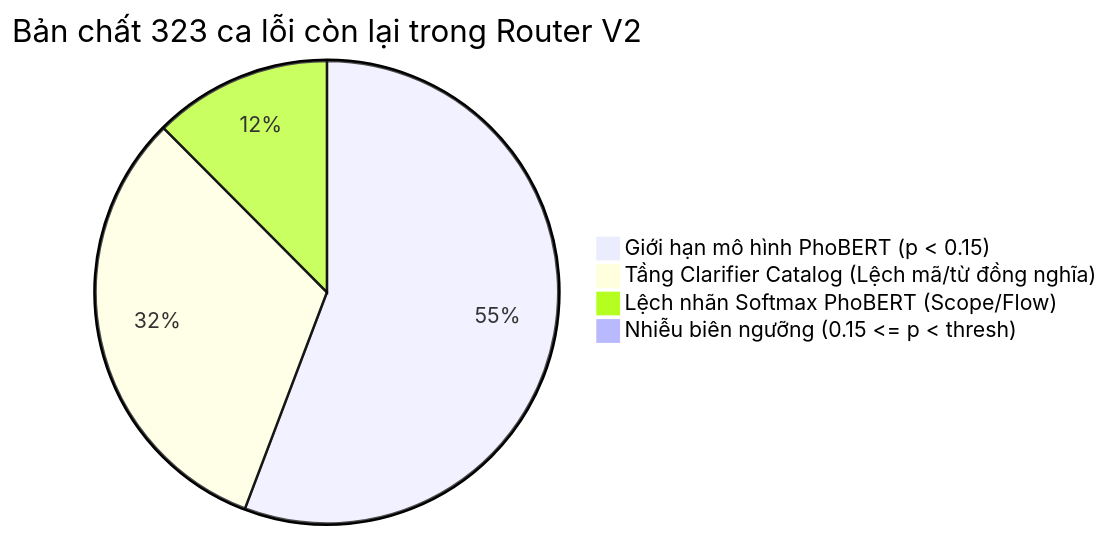
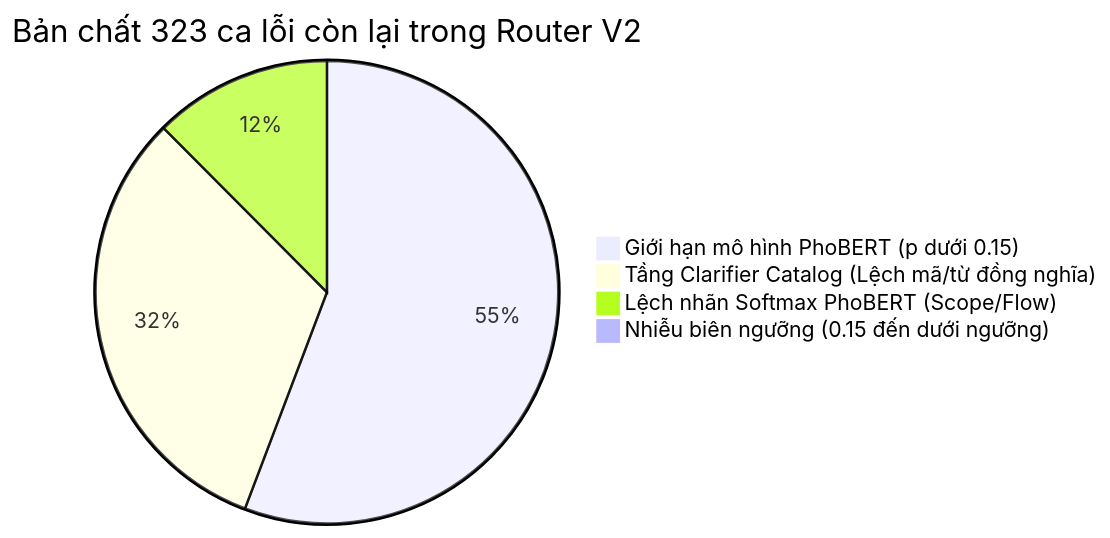
The seventh of 7 diagrams in docs/reports/bao-cao-phan-loai-nhan-va-actions.md (qtamtensor05/ViGovBot), drawn with Mermaid before and after one commit. The commit also changed other lines of this file and 21 other files, not shown here.

````diff
--- a/docs/reports/bao-cao-phan-loai-nhan-va-actions.md
+++ b/docs/reports/bao-cao-phan-loai-nhan-va-actions.md
@@ -897,7 +678,7 @@
 ```mermaid
 pie title Bản chất 323 ca lỗi còn lại trong Router V2
-    "Giới hạn mô hình PhoBERT (p < 0.15)" : 179
+    "Giới hạn mô hình PhoBERT (p dưới 0.15)" : 179
     "Tầng Clarifier Catalog (Lệch mã/từ đồng nghĩa)" : 102
     "Lệch nhãn Softmax PhoBERT (Scope/Flow)" : 40
-    "Nhiễu biên ngưỡng (0.15 <= p < thresh)" : 2
+    "Nhiễu biên ngưỡng (0.15 đến dưới ngưỡng)" : 2
 ```
````
